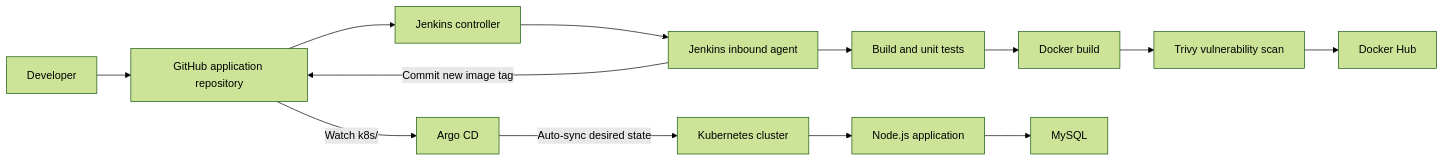
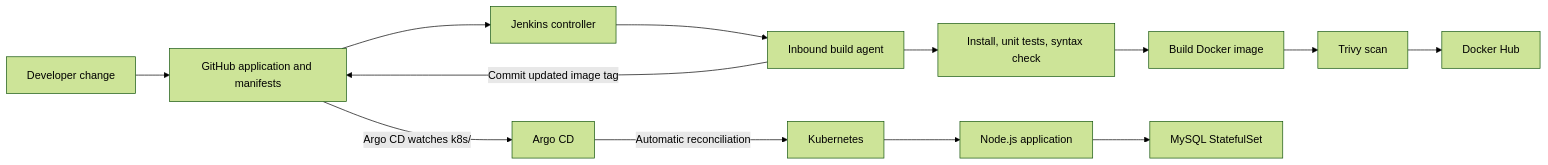
One commit to Maielshazlyy/Full-CI-CD-with-GitOps-project changed the diagram in README.md. Above: the diagram before and after it, drawn with Mermaid (forest theme). The commit also changed other lines of this file, not shown here.

````diff
--- a/README.md
+++ b/README.md
@@ -16,15 +26,15 @@
 ```mermaid
 flowchart LR
-    Dev[Developer] --> Git[GitHub application repository]
-    Git --> Jenkins[Jenkins controller]
-    Jenkins --> Agent[Jenkins inbound agent]
-    Agent --> Test[Build and unit tests]
-    Test --> Image[Docker build]
-    Image --> Scan[Trivy vulnerability scan]
-    Scan --> Hub[Docker Hub]
-    Agent -->|Commit new image tag| Git
-    Git -->|Watch k8s/| Argo[Argo CD]
-    Argo -->|Auto-sync desired state| K8s[Kubernetes cluster]
-    K8s --> App[Node.js application]
-    App --> DB[MySQL]
+    Dev[Developer change] --> AppRepo[GitHub application and manifests]
+    AppRepo --> Jenkins[Jenkins controller]
+    Jenkins --> Agent[Inbound build agent]
+    Agent --> Tests[Install, unit tests, syntax check]
+    Tests --> Build[Build Docker image]
+    Build --> Scan[Trivy scan]
+    Scan --> Registry[Docker Hub]
+    Agent -->|Commit updated image tag| AppRepo
+    AppRepo -->|Argo CD watches k8s/| Argo[Argo CD]
+    Argo -->|Automatic reconciliation| Cluster[Kubernetes]
+    Cluster --> App[Node.js application]
+    App --> MySQL[MySQL StatefulSet]
 ```
````
